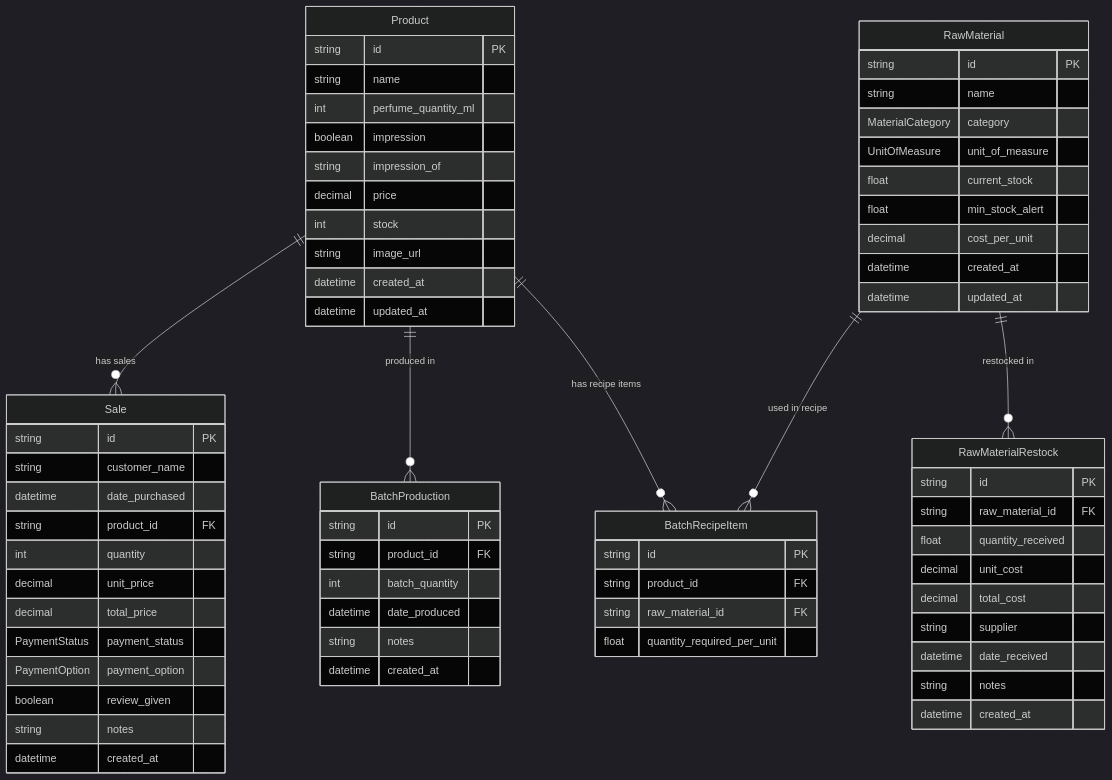
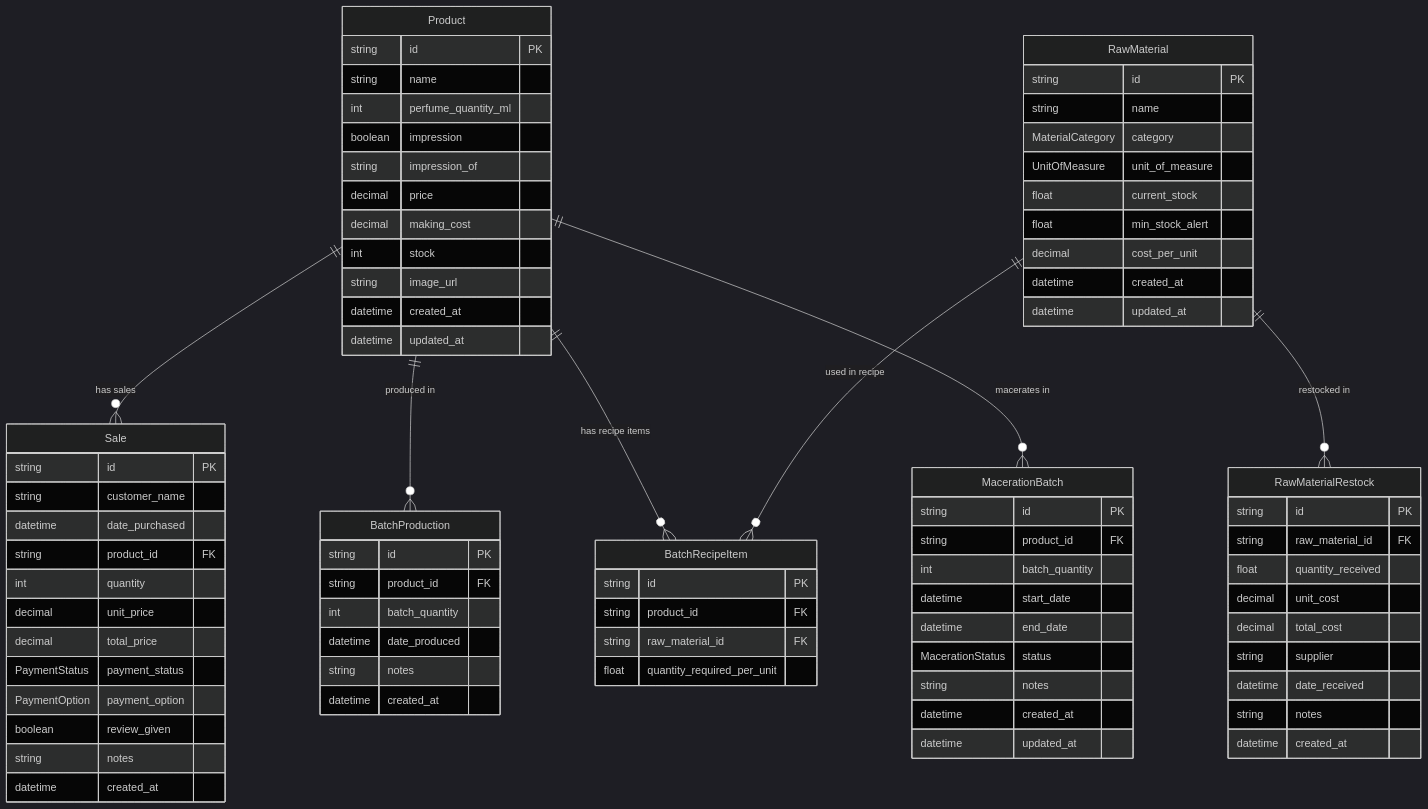
The diagram in docs/database.md (hashir1313/invento), drawn with Mermaid (dark theme) before and after one commit. The commit also changed other lines of this file and 6 other files, not shown here.

````diff
--- a/docs/database.md
+++ b/docs/database.md
@@ -13,6 +15,7 @@
     Product ||--o{ Sale : "has sales"
     Product ||--o{ BatchProduction : "produced in"
     Product ||--o{ BatchRecipeItem : "has recipe items"
+    Product ||--o{ MacerationBatch : "macerates in"
     RawMaterial ||--o{ RawMaterialRestock : "restocked in"
     RawMaterial ||--o{ BatchRecipeItem : "used in recipe"
 
@@ -23,6 +26,7 @@
         boolean impression
         string impression_of
         decimal price
+        decimal making_cost
         int stock
         string image_url
         datetime created_at
@@ -83,4 +87,16 @@
         string raw_material_id FK
         float quantity_required_per_unit
     }
+
+    MacerationBatch {
+        string id PK
+        string product_id FK
+        int batch_quantity
+        datetime start_date
+        datetime end_date
+        MacerationStatus status
+        string notes
+        datetime created_at
+        datetime updated_at
+    }
 ```
````
